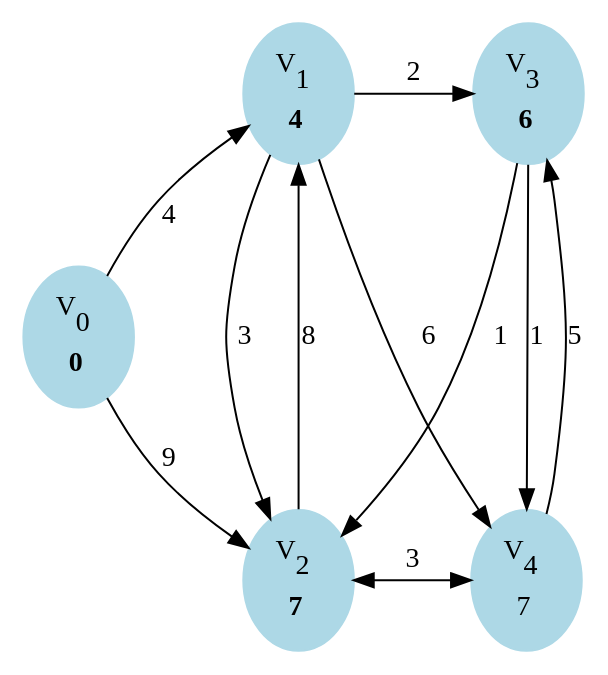
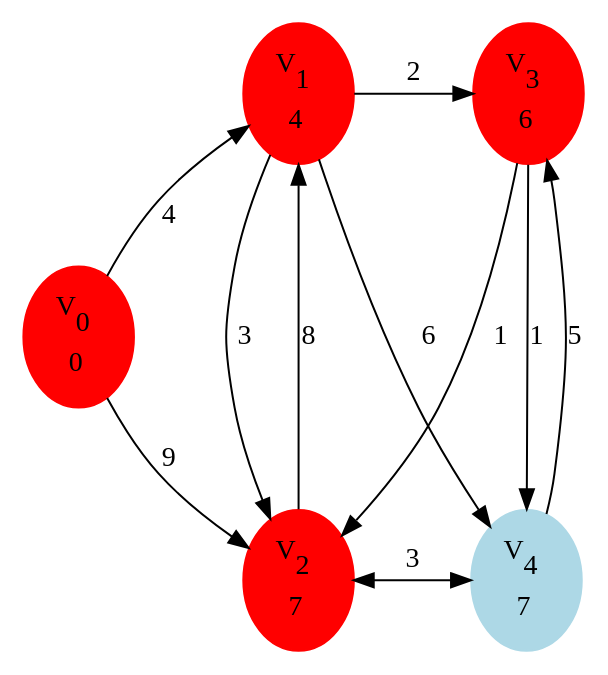
Before and after one commit to dwysocki/ai-programming1: the diagram in exercises/graphviz/a2e7_e.dot, drawn with Graphviz. The commit also changed 19 other files, not shown here.

Commit message:
Improved notation in Dijkstra graphs

```diff
--- a/exercises/graphviz/a2e7_e.dot
+++ b/exercises/graphviz/a2e7_e.dot
@@ -1,58 +1,62 @@
 /* Chapter 2 Exercise 7 Graph (b) */
 digraph dijkstra {
   size = "10,10";
   rankdir = TB;
   node [color=lightblue, style=filled];
 
   "V0" [
-    label = <V<SUB>0</SUB> <BR/><BR/><B>0</B>>
+    label = <V<SUB>0</SUB> <BR/><BR/>0>
+    color = red
   ];
   "V1" [
-    label = <V<SUB>1</SUB> <BR/><BR/><B>4</B>>
+    label = <V<SUB>1</SUB> <BR/><BR/>4>
+    color = red
   ];
   "V2" [
-    label = <V<SUB>2</SUB> <BR/><BR/><B>7</B>>
+    label = <V<SUB>2</SUB> <BR/><BR/>7>
+    color = red
   ];
   "V3" [
-    label = <V<SUB>3</SUB> <BR/><BR/><B>6</B>>
+    label = <V<SUB>3</SUB> <BR/><BR/>6>
+    color = red
   ];
   "V4" [
     label = <V<SUB>4</SUB> <BR/><BR/>7>
   ];
 
   {rank=min; "V1" "V3"}
   {rank=same; "V0"}
   {rank=max; "V2" "V4"}
 
   "V0" -> "V1" [
     label = 4
   ];
   "V0" -> "V2" [
     label = 9
   ];
   "V1" -> "V2" [
     label = 3
   ];
   "V2" -> "V1" [
     label = 8
   ];
   "V1" -> "V3" [
     label = 2
   ];
   "V1" -> "V4" [
     label = 6
   ];
   "V2" -> "V4" [
     label = 3
     dir = both
   ];
   "V3" -> "V2" [
     label = 1
   ];
   "V3" -> "V4" [
     label = 1
   ];
   "V4" -> "V3" [
     label = 5
   ];
 }
```
